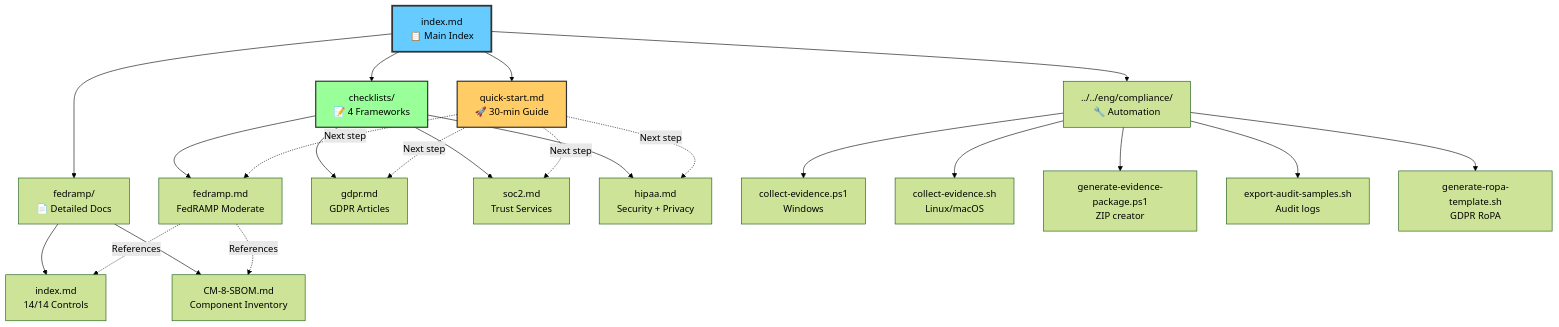
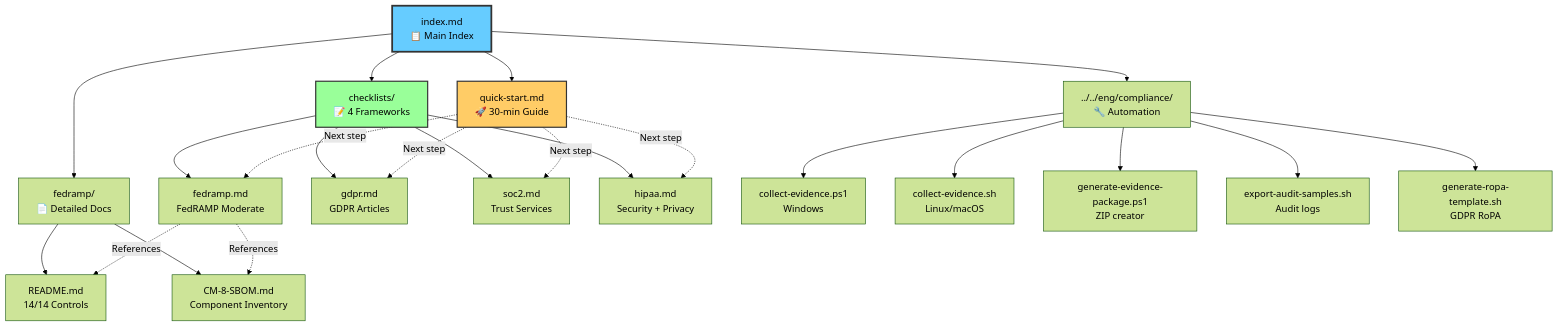
One commit to TrigintaFaces/Excalibur changed the second of 9 diagrams in docs-site/docs/compliance/navigation-guide.md. Above: the diagram before and after it, drawn with Mermaid (forest theme). The commit also changed other lines of this file and 4797 other files, not shown here.

````diff
--- a/docs-site/docs/compliance/navigation-guide.md
+++ b/docs-site/docs/compliance/navigation-guide.md
@@ -74,33 +74,33 @@
 ```mermaid
 graph TD
     README[index.md<br/>📋 Main Index] --> QuickStart[quick-start.md<br/>🚀 30-min Guide]
     README --> Checklists[checklists/<br/>📝 4 Frameworks]
     README --> Scripts[../../eng/compliance/<br/>🔧 Automation]
     README --> FedRAMPDocs[fedramp/<br/>📄 Detailed Docs]
 
     Checklists --> FedRAMP[fedramp.md<br/>FedRAMP Moderate]
     Checklists --> GDPR[gdpr.md<br/>GDPR Articles]
     Checklists --> SOC2[soc2.md<br/>Trust Services]
     Checklists --> HIPAA[hipaa.md<br/>Security + Privacy]
 
     Scripts --> CollectPS[collect-evidence.ps1<br/>Windows]
     Scripts --> CollectSH[collect-evidence.sh<br/>Linux/macOS]
     Scripts --> Package[generate-evidence-package.ps1<br/>ZIP creator]
     Scripts --> Audit[export-audit-samples.sh<br/>Audit logs]
     Scripts --> RoPA[generate-ropa-template.sh<br/>GDPR RoPA]
 
-    FedRAMPDocs --> FedREADME[index.md<br/>14/14 Controls]
+    FedRAMPDocs --> FedREADME[README.md<br/>14/14 Controls]
     FedRAMPDocs --> SBOM[CM-8-SBOM.md<br/>Component Inventory]
 
     FedRAMP -.->|References| FedREADME
     FedRAMP -.->|References| SBOM
 
     QuickStart -.->|Next step| FedRAMP
     QuickStart -.->|Next step| GDPR
     QuickStart -.->|Next step| SOC2
     QuickStart -.->|Next step| HIPAA
 
     style README fill:#6cf,stroke:#333,stroke-width:3px
     style QuickStart fill:#fc6,stroke:#333,stroke-width:2px
     style Checklists fill:#9f9,stroke:#333,stroke-width:2px
 ```
````
